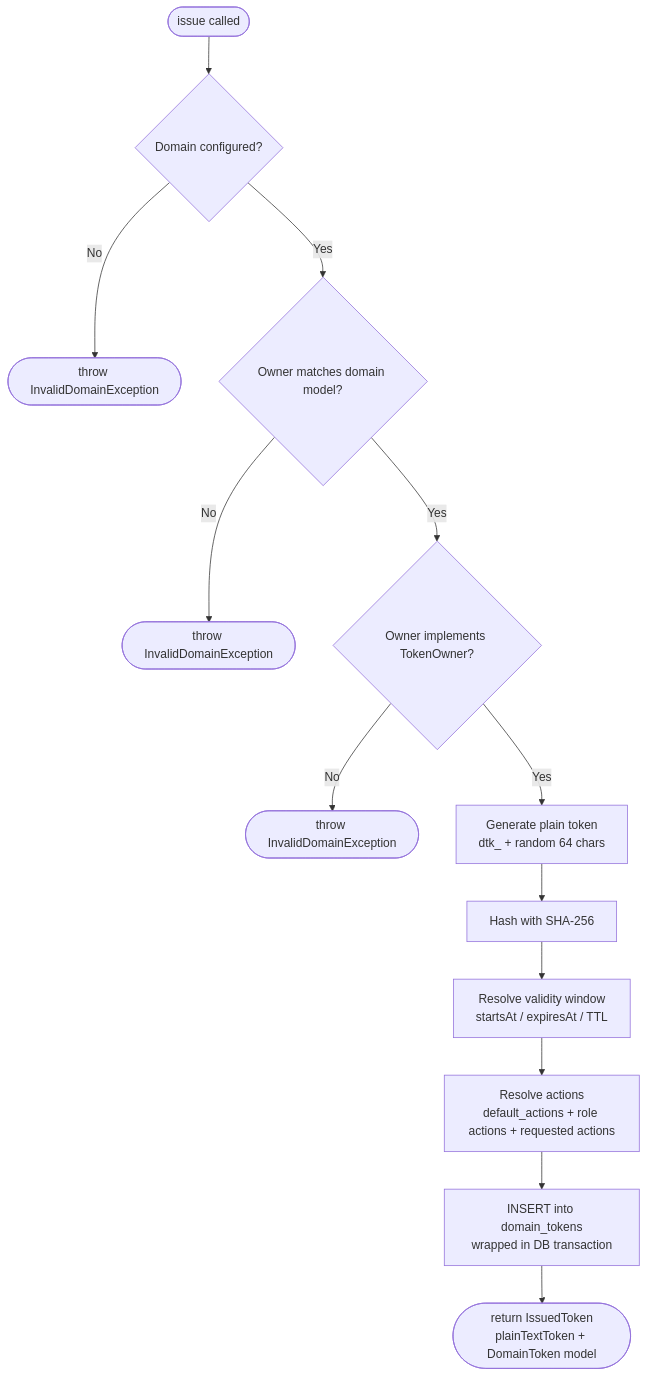
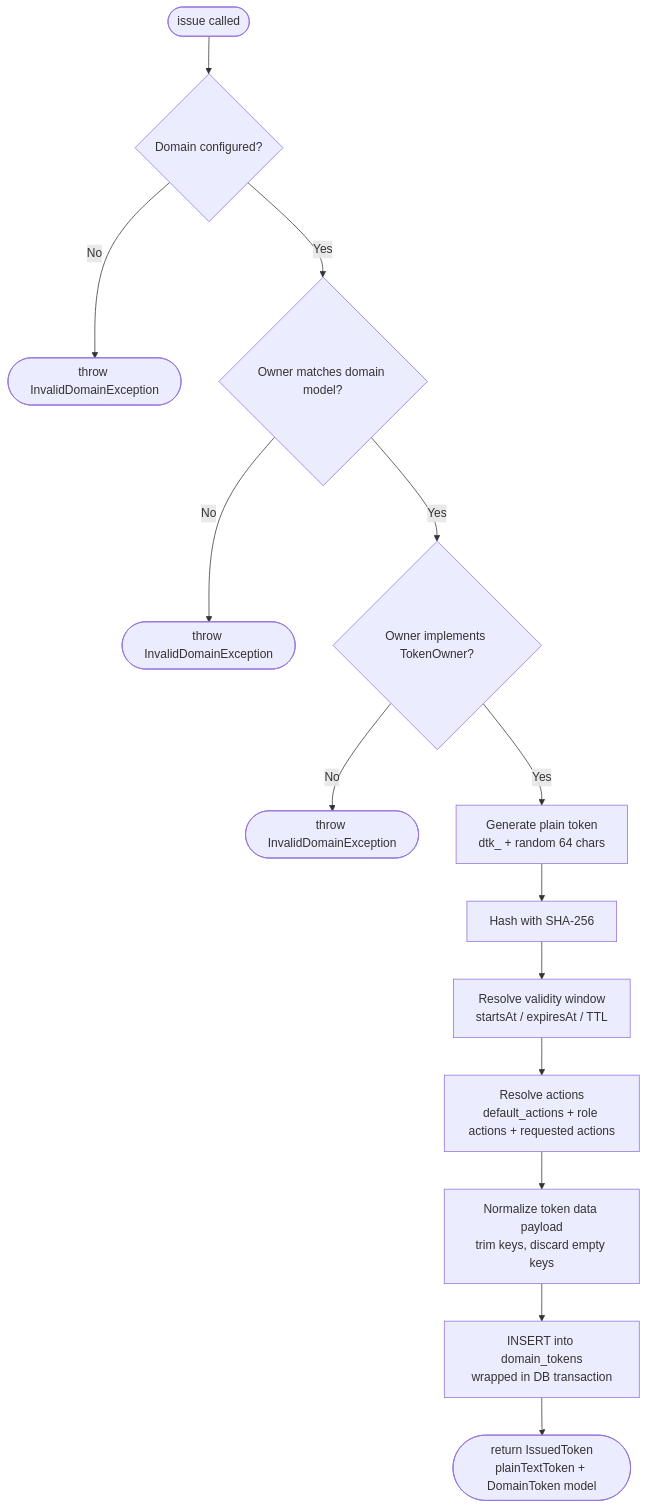
One commit to EquidnaMX/domain-token-auth changed the first of 3 diagrams in doc/business-logic-and-core-processes.md. Above: the diagram before and after it, drawn with Mermaid. The commit also changed other lines of this file and 18 other files, not shown here.

First line of the commit message:
Add token metadata (data) payload support

````diff
--- a/doc/business-logic-and-core-processes.md
+++ b/doc/business-logic-and-core-processes.md
@@ -36,15 +36,16 @@
 ```mermaid
 flowchart TD
     A([issue called]) --> B{Domain configured?}
     B -- No --> E1([throw InvalidDomainException])
     B -- Yes --> C{Owner matches domain model?}
     C -- No --> E2([throw InvalidDomainException])
     C -- Yes --> D{Owner implements TokenOwner?}
     D -- No --> E3([throw InvalidDomainException])
     D -- Yes --> F[Generate plain token\ndtk_ + random 64 chars]
     F --> G[Hash with SHA-256]
     G --> H[Resolve validity window\nstartsAt / expiresAt / TTL]
     H --> I[Resolve actions\ndefault_actions + role actions + requested actions]
-    I --> K[INSERT into domain_tokens\nwrapped in DB transaction]
+    I --> J[Normalize token data payload\ntrim keys, discard empty keys]
+    J --> K[INSERT into domain_tokens\nwrapped in DB transaction]
     K --> L([return IssuedToken\nplainTextToken + DomainToken model])
 ```
````
